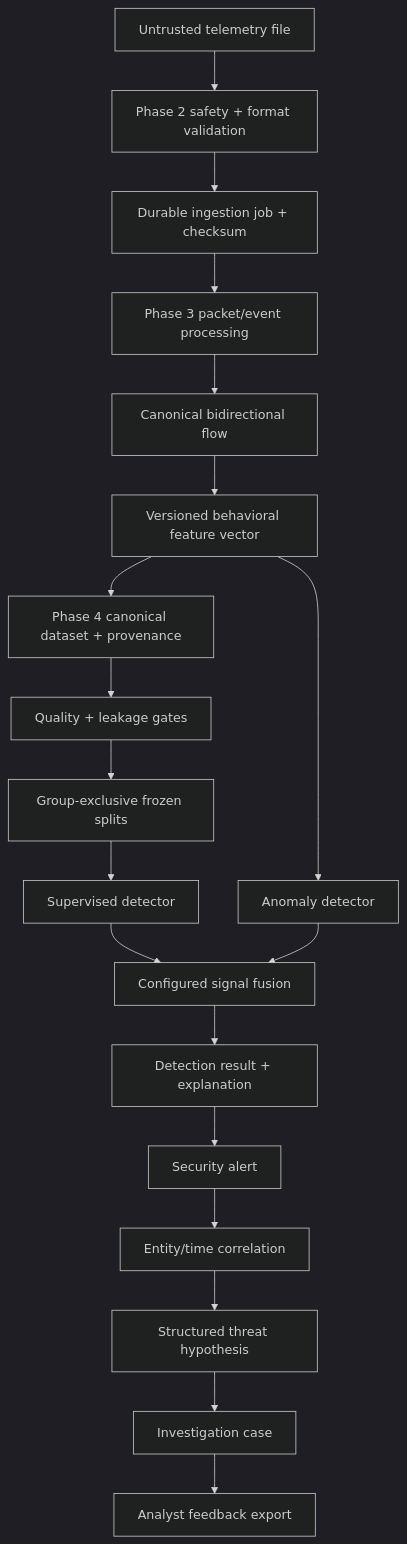
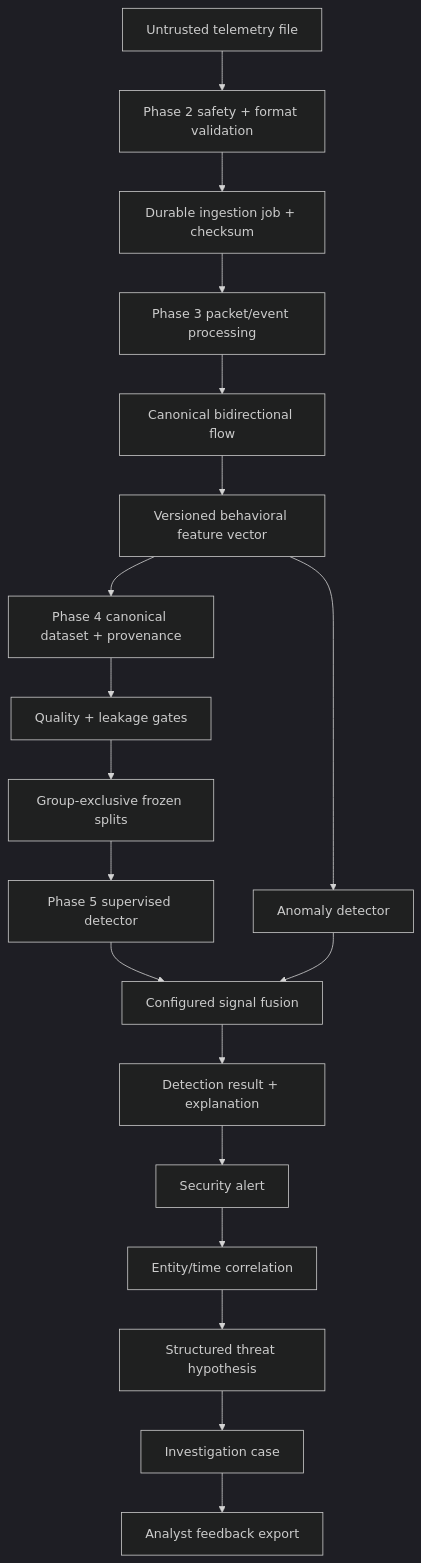
Before and after one commit to SaXingrui-UM/aegishunt: the second of 4 diagrams in docs/architecture.md, drawn with Mermaid (dark theme). The commit also changed other lines of this file and 49 other files, not shown here.

First line of the commit message:
[Phase 05] Supervised detection engine (#13)

````diff
--- a/docs/architecture.md
+++ b/docs/architecture.md
@@ -56,21 +58,21 @@
 ```mermaid
 flowchart TD
     Input["Untrusted telemetry file"] --> Boundary["Phase 2 safety + format validation"]
     Boundary --> Job["Durable ingestion job + checksum"]
     Job --> Packet["Phase 3 packet/event processing"]
     Packet --> Flow["Canonical bidirectional flow"]
     Flow --> Feature["Versioned behavioral feature vector"]
     Feature --> Dataset["Phase 4 canonical dataset + provenance"]
     Dataset --> Quality["Quality + leakage gates"]
     Quality --> Split["Group-exclusive frozen splits"]
-    Split --> Supervised["Supervised detector"]
+    Split --> Supervised["Phase 5 supervised detector"]
     Feature --> Anomaly["Anomaly detector"]
     Supervised --> Fusion["Configured signal fusion"]
     Anomaly --> Fusion
     Fusion --> Detection["Detection result + explanation"]
     Detection --> Alert["Security alert"]
     Alert --> Correlation["Entity/time correlation"]
     Correlation --> Hypothesis["Structured threat hypothesis"]
     Hypothesis --> Case["Investigation case"]
     Case --> Feedback["Analyst feedback export"]
 ```
````
